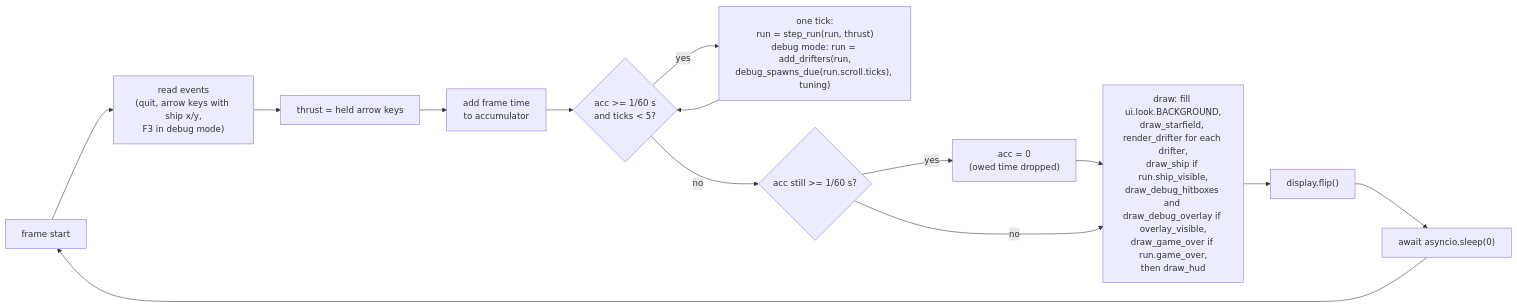
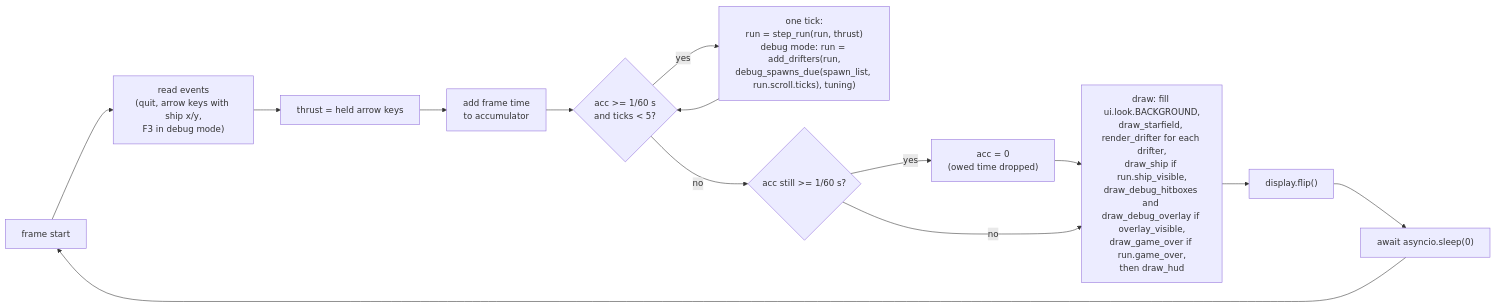
One commit to david-mntl/driftward-ace changed the third of 3 diagrams in docs/contracts/systems/app.md. Above: the diagram before and after it, drawn with Mermaid. The commit also changed other lines of this file and 13 other files, not shown here.

Commit message:
docs(contracts): add satellite, hazards and debug spawn list schemas, update drifters, run and app specs, add DRA-39 tasks

````diff
--- a/docs/contracts/systems/app.md
+++ b/docs/contracts/systems/app.md
@@ -86,14 +80,14 @@
 ```mermaid
 flowchart LR
   F["frame start"] --> EV["read events<br/>(quit, arrow keys with ship x/y,<br/>F3 in debug mode)"]
   EV --> HK["thrust = held arrow keys"]
   HK --> AC["add frame time<br/>to accumulator"]
   AC --> T{"acc >= 1/60 s<br/>and ticks < 5?"}
-  T -- yes --> TK["one tick:<br/>run = step_run(run, thrust)<br/>debug mode: run = add_drifters(run,<br/>debug_spawns_due(run.scroll.ticks), tuning)"] --> T
+  T -- yes --> TK["one tick:<br/>run = step_run(run, thrust)<br/>debug mode: run = add_drifters(run,<br/>debug_spawns_due(spawn_list, run.scroll.ticks), tuning)"] --> T
   T -- no --> CAP{"acc still >= 1/60 s?"}
   CAP -- yes --> DROP["acc = 0<br/>(owed time dropped)"] --> D
   CAP -- no --> D["draw: fill ui.look.BACKGROUND,<br/>draw_starfield, render_drifter for each drifter,<br/>draw_ship if run.ship_visible,<br/>draw_debug_hitboxes and draw_debug_overlay if overlay_visible,<br/>draw_game_over if run.game_over,<br/>then draw_hud"]
   D --> FL["display.flip()"]
   FL --> Y["await asyncio.sleep(0)"]
   Y --> F
 ```
````
